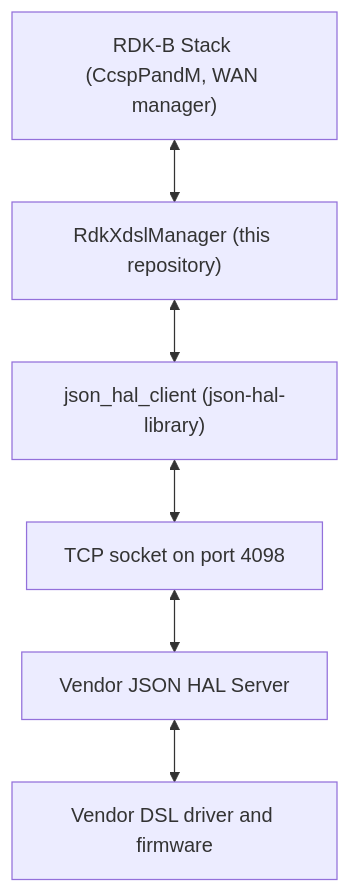
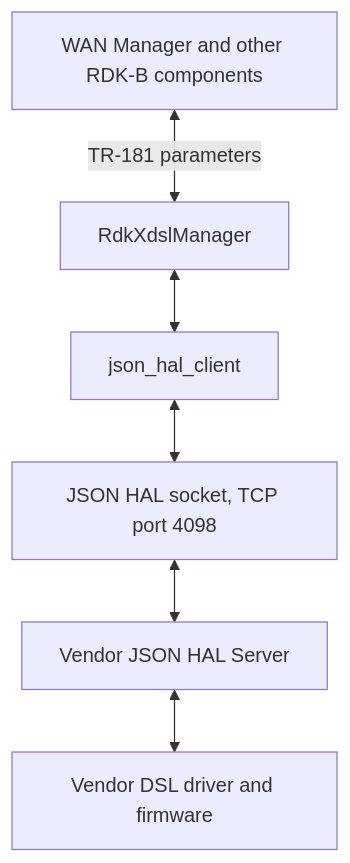
One commit to Blitzy-Sky/xdsl-manager changed the first of 3 diagrams in docs/pages/halSpec.md. Above: the diagram before and after it, drawn with Mermaid. The commit also changed other lines of this file and 2 other files, not shown here.

````diff
--- a/docs/pages/halSpec.md
+++ b/docs/pages/halSpec.md
@@ -59,14 +33,14 @@
 ```mermaid
 flowchart TD
-    Stack["RDK-B Stack (CcspPandM, WAN manager)"]
-    Mgr["RdkXdslManager (this repository)"]
-    Cli["json_hal_client (json-hal-library)"]
-    Sock["TCP socket on port 4098"]
+    Dm["WAN Manager and other RDK-B components"]
+    Mgr["RdkXdslManager"]
+    Cli["json_hal_client"]
+    Sock["JSON HAL socket, TCP port 4098"]
     Srv["Vendor JSON HAL Server"]
     Drv["Vendor DSL driver and firmware"]
-    Stack <--> Mgr
+    Dm <-->|TR-181 parameters| Mgr
     Mgr <--> Cli
     Cli <--> Sock
     Sock <--> Srv
     Srv <--> Drv
 ```
````
